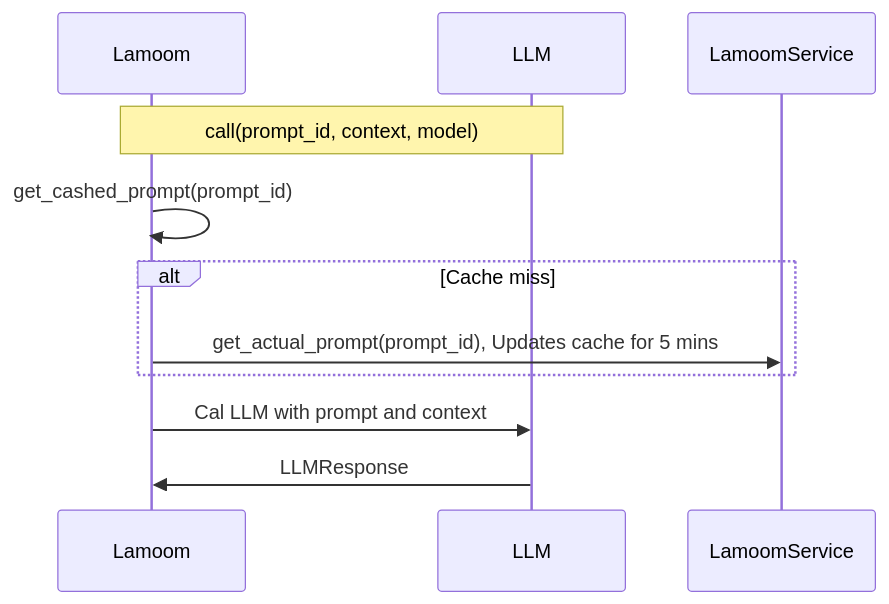
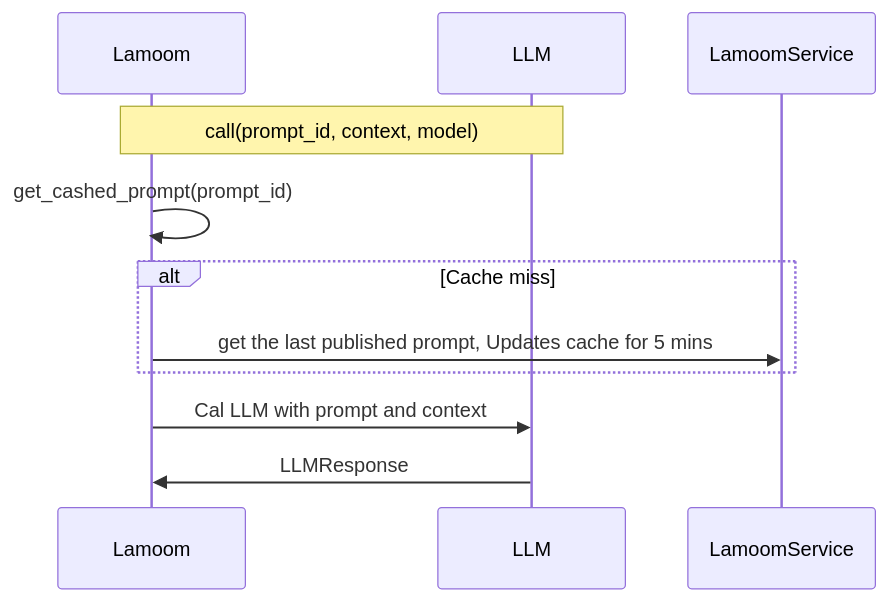
The first of 4 diagrams in README.md (LamoomAI/lamoom-python), drawn with Mermaid before and after one commit. The commit also changed other lines of this file, not shown here.

Commit message:
Updated markdown w. schema, seq test

````diff
--- a/README.md
+++ b/README.md
@@ -39,10 +39,10 @@
 ```mermaid
 sequenceDiagram
     Note over Lamoom,LLM: call(prompt_id, context, model)
     Lamoom->>Lamoom: get_cashed_prompt(prompt_id)
     alt Cache miss
-        Lamoom->>LamoomService: get_actual_prompt(prompt_id), Updates cache for 5 mins
+        Lamoom->>LamoomService: get the last published prompt, Updates cache for 5 mins
     end
     Lamoom->>LLM: Cal LLM with prompt and context
     LLM->>Lamoom: LLMResponse
 ```
````
